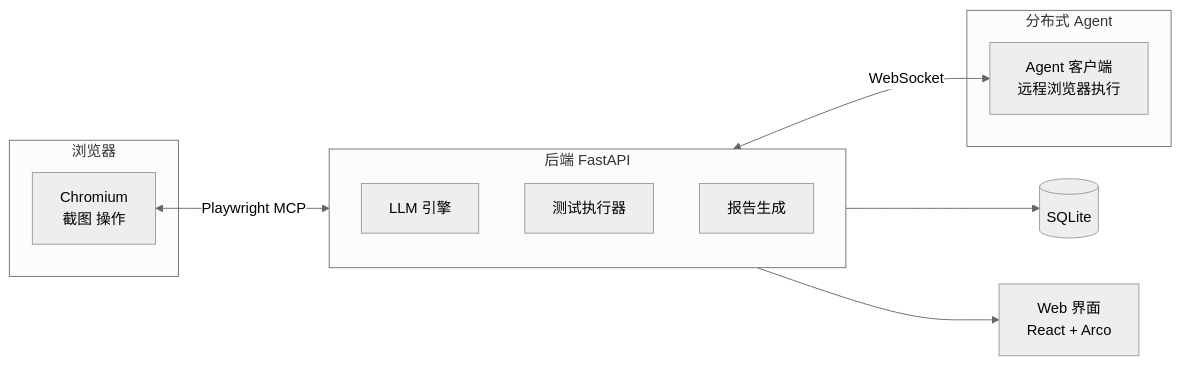
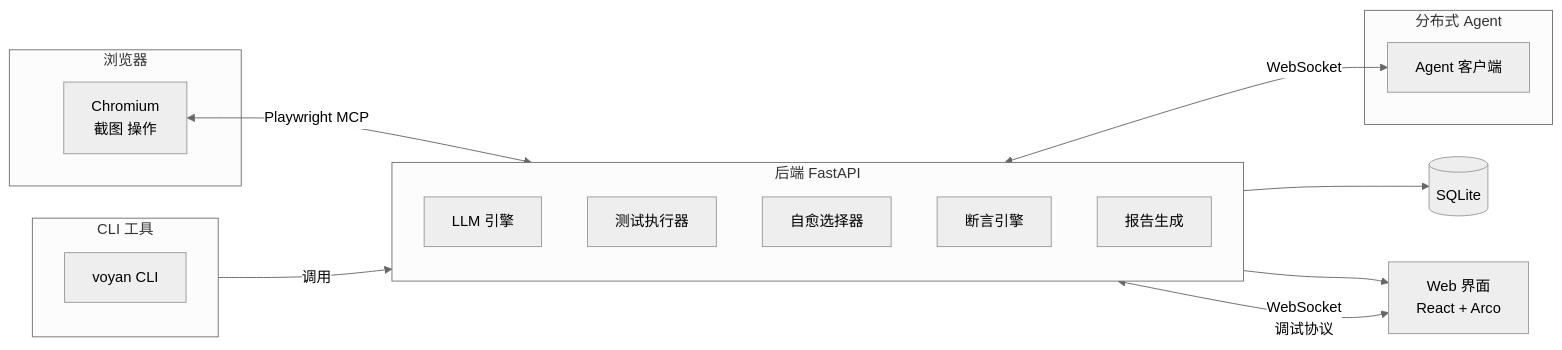
Before and after one commit to BerylliumMan/VoyanTest: the diagram in README.md, drawn with Mermaid (neutral theme). The commit also changed other lines of this file and 30 other files, not shown here.

First line of the commit message:
feat: 交互式调试模式 + 步踄断言重试 + 项目权限 + CLI + 自愈选择器

````diff
--- a/README.md
+++ b/README.md
@@ -98,20 +108,27 @@
 ```mermaid
 flowchart LR
     subgraph Browser["浏览器"]
         CH[Chromium<br/>截图 操作]
     end
     subgraph Backend["后端 FastAPI"]
         direction TB
         LLM[LLM 引擎]
         Runner[测试执行器]
+        Healing[自愈选择器]
+        Assert[断言引擎]
         Report[报告生成]
     end
     subgraph Agent["分布式 Agent"]
-        AC[Agent 客户端<br/>远程浏览器执行]
+        AC[Agent 客户端]
+    end
+    subgraph CLI["CLI 工具"]
+        VY[voyan CLI]
     end
 
     CH <-->|Playwright MCP| Backend
     Backend --> DB[(SQLite)]
     Backend --> UI[Web 界面<br/>React + Arco]
+    Backend <-->|WebSocket<br/>调试协议| UI
     Backend <-->|WebSocket| AC
+    CLI -->|调用| Backend
 ```
````
